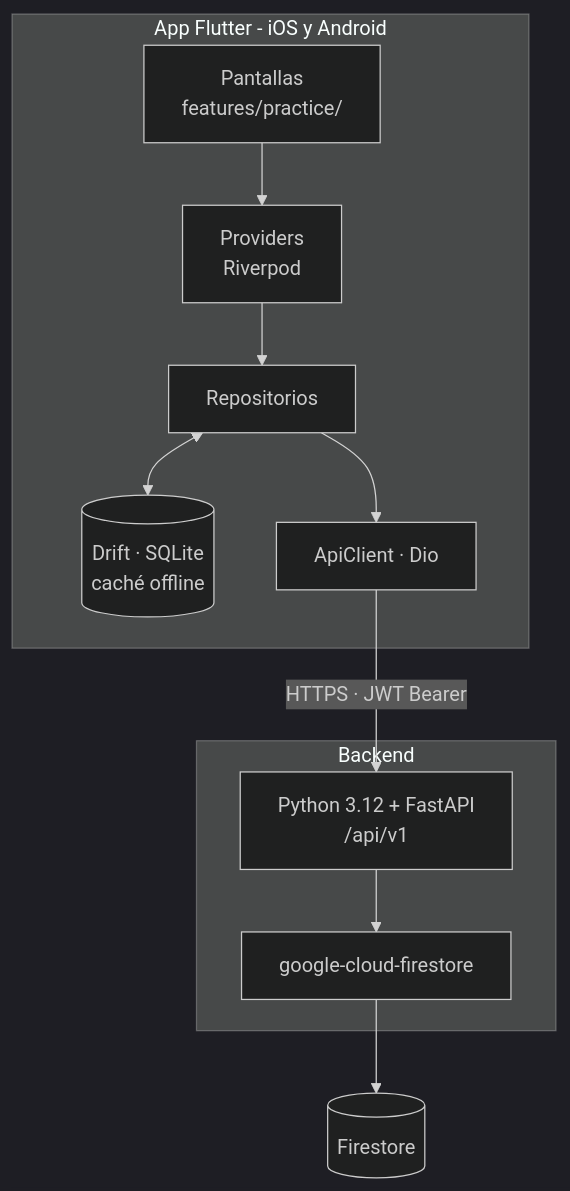
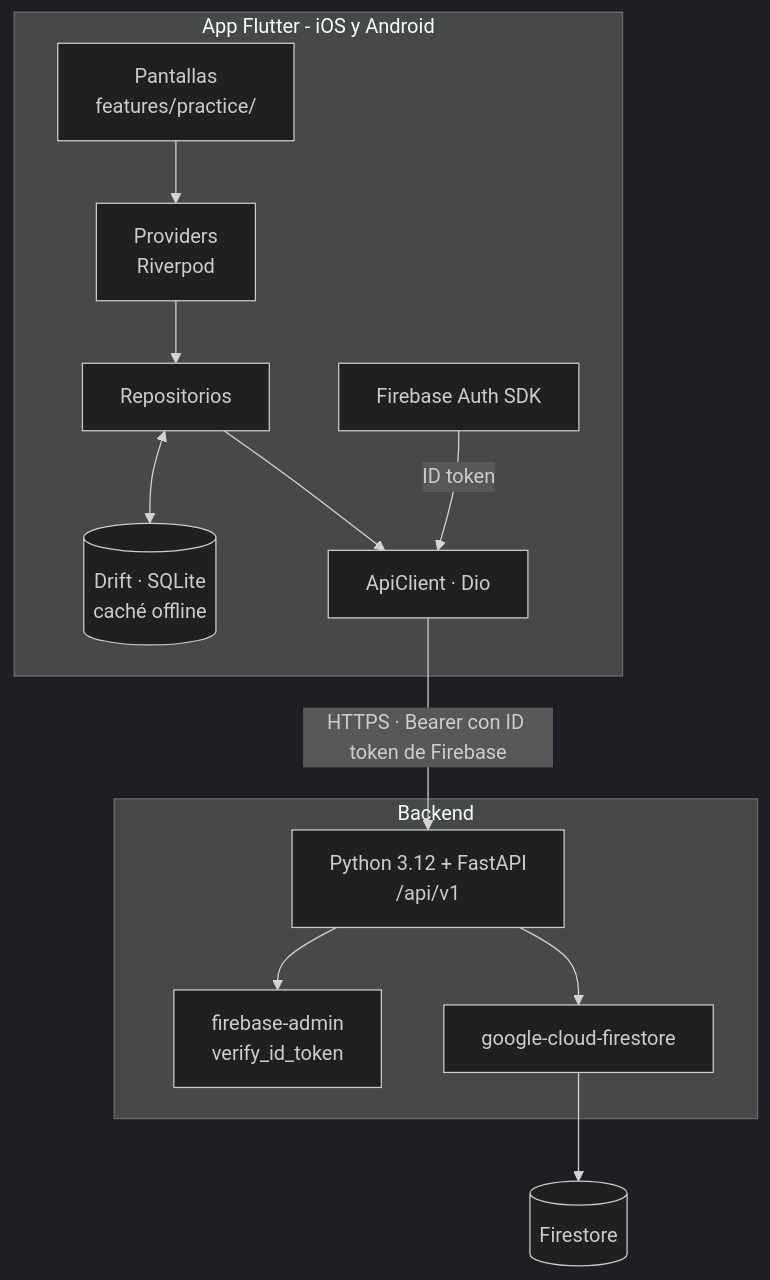
Before and after one commit to Jere4k1080/aprueba_app_modulo_preguntas: the diagram in README.md, drawn with Mermaid (dark theme). The commit also changed other lines of this file and 3 other files, not shown here.

First line of the commit message:
docs(auth): registrar firebase auth y el cambio de alcance autorizado

````diff
--- a/README.md
+++ b/README.md
@@ -139,25 +140,29 @@
 ```mermaid
 flowchart TD
     subgraph client["App Flutter - iOS y Android"]
         UI["Pantallas<br/>features/practice/"]
         PROV["Providers<br/>Riverpod"]
         REPO["Repositorios"]
         CACHE[("Drift · SQLite<br/>caché offline")]
         API["ApiClient · Dio"]
+        FBA["Firebase Auth SDK"]
     end
 
     subgraph server["Backend"]
         FASTAPI["Python 3.12 + FastAPI<br/>/api/v1"]
+        ADMIN["firebase-admin<br/>verify_id_token"]
         SDK["google-cloud-firestore"]
     end
 
     DB[("Firestore")]
 
     UI --> PROV
     PROV --> REPO
     REPO --> API
     REPO <--> CACHE
-    API -->|"HTTPS · JWT Bearer"| FASTAPI
+    FBA -->|"ID token"| API
+    API -->|"HTTPS · Bearer con ID token de Firebase"| FASTAPI
+    FASTAPI --> ADMIN
     FASTAPI --> SDK
     SDK --> DB
 ```
````
